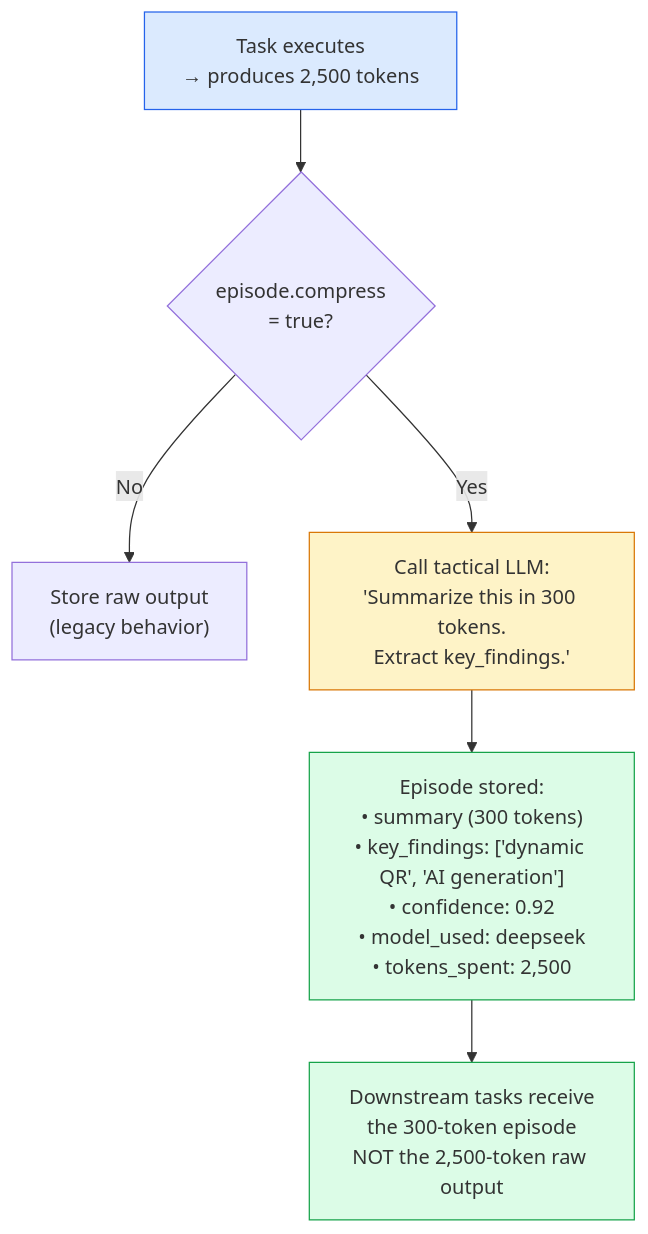
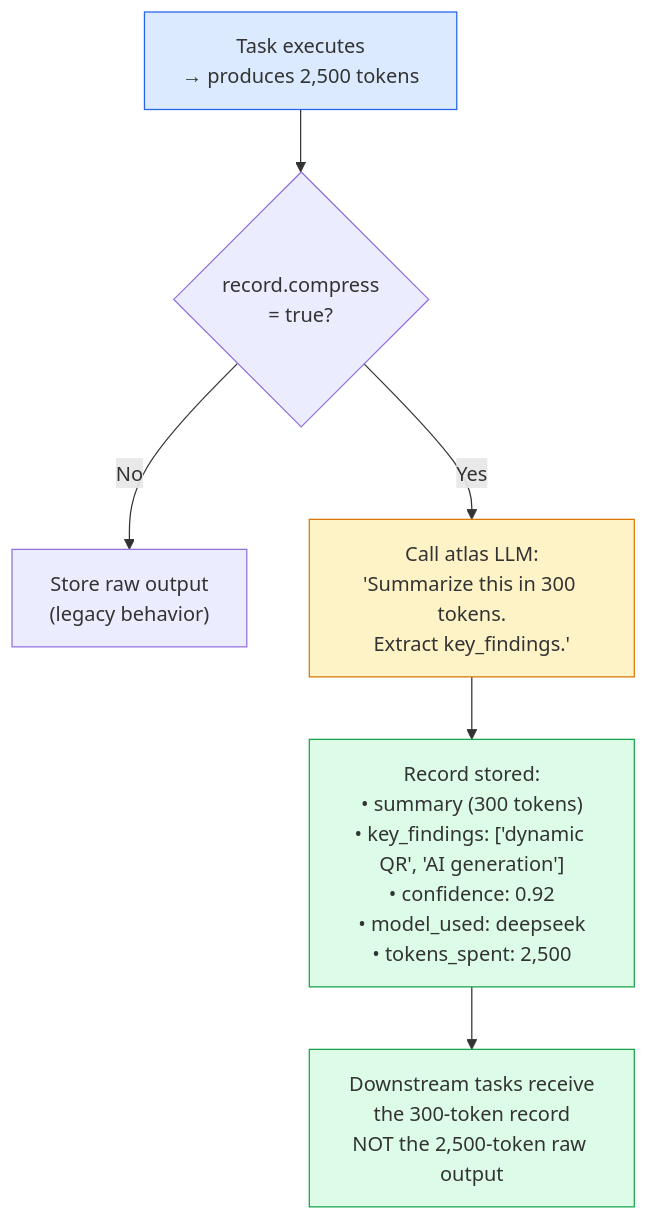
Before and after one commit to supernovae-st/nika: the sixth of 9 diagrams in docs/brainstorm/nika-evolution/08-nika-030-complete-guide.md, drawn with Mermaid. The commit also changed other lines of this file and 12 other files, not shown here.

````diff
--- a/docs/brainstorm/nika-evolution/08-nika-030-complete-guide.md
+++ b/docs/brainstorm/nika-evolution/08-nika-030-complete-guide.md
@@ -492,16 +492,16 @@
 ```mermaid
 flowchart TB
-    EXEC["Task executes\n→ produces 2,500 tokens"] --> CHECK{"episode.compress\n= true?"}
+    EXEC["Task executes\n→ produces 2,500 tokens"] --> CHECK{"record.compress\n= true?"}
 
     CHECK -->|"No"| RAW["Store raw output\n(legacy behavior)"]
-    CHECK -->|"Yes"| COMPRESS["Call tactical LLM:\n'Summarize this in 300 tokens.\nExtract key_findings.'"]
+    CHECK -->|"Yes"| COMPRESS["Call atlas LLM:\n'Summarize this in 300 tokens.\nExtract key_findings.'"]
 
-    COMPRESS --> EPISODE["Episode stored:\n• summary (300 tokens)\n• key_findings: ['dynamic QR', 'AI generation']\n• confidence: 0.92\n• model_used: deepseek\n• tokens_spent: 2,500"]
+    COMPRESS --> RECORD["Record stored:\n• summary (300 tokens)\n• key_findings: ['dynamic QR', 'AI generation']\n• confidence: 0.92\n• model_used: deepseek\n• tokens_spent: 2,500"]
 
-    EPISODE --> DOWNSTREAM["Downstream tasks receive\nthe 300-token episode\nNOT the 2,500-token raw output"]
+    RECORD --> DOWNSTREAM["Downstream tasks receive\nthe 300-token record\nNOT the 2,500-token raw output"]
 
     style EXEC fill:#dbeafe,stroke:#2563eb
     style COMPRESS fill:#fef3c7,stroke:#d97706
-    style EPISODE fill:#dcfce7,stroke:#16a34a
+    style RECORD fill:#dcfce7,stroke:#16a34a
     style DOWNSTREAM fill:#dcfce7,stroke:#16a34a
 ```
````
